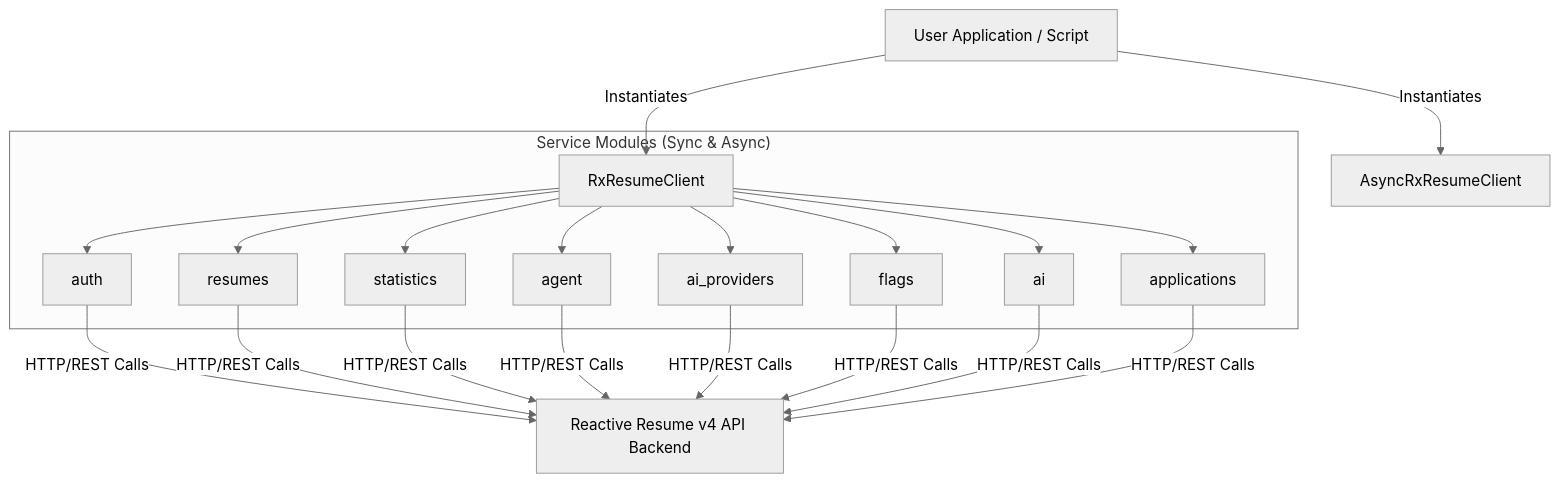
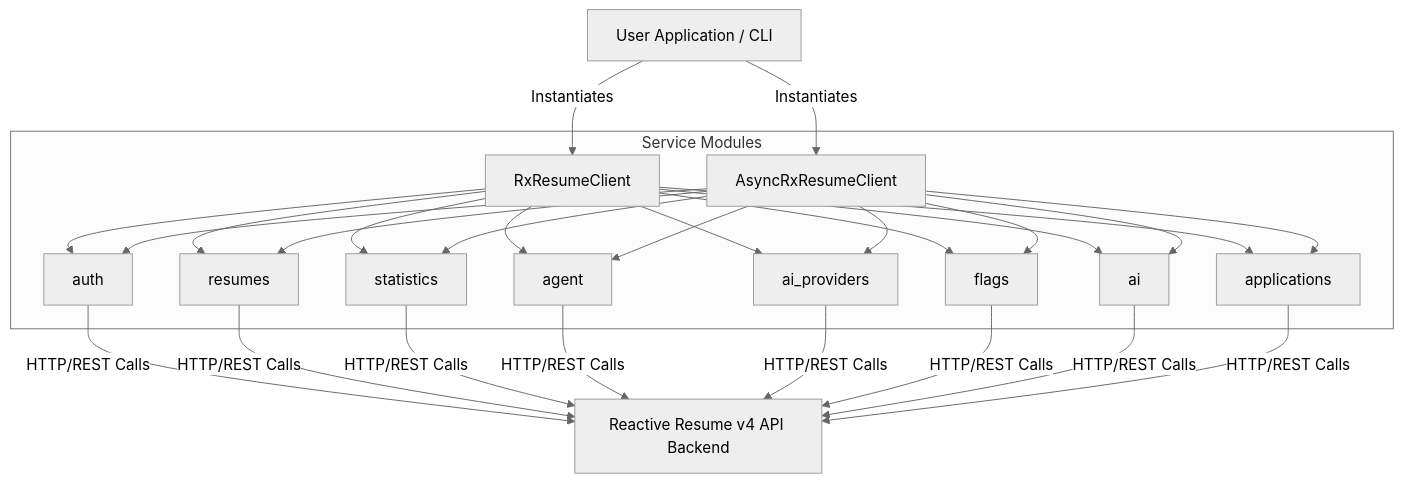
One commit to AtaCanYmc/reactive-resume-api-client-py changed the diagram in README.md. Above: the diagram before and after it, drawn with Mermaid (neutral theme). The commit also changed other lines of this file and 11 other files, not shown here.

````diff
--- a/README.md
+++ b/README.md
@@ -25,25 +45,18 @@
 ```mermaid
-graph TD
-    UserApp[User Application / Script] -->|Instantiates| SyncClient[RxResumeClient]
-    UserApp -->|Instantiates| AsyncClient[AsyncRxResumeClient]
+flowchart TD
+    UserApp["User Application / CLI"] -->|Instantiates| SyncClient["RxResumeClient"]
+    UserApp -->|Instantiates| AsyncClient["AsyncRxResumeClient"]
 
-    subgraph "Service Modules (Sync & Async)"
-        SyncClient --> Auth[auth]
-        SyncClient --> Resumes[resumes]
-        SyncClient --> Stats[statistics]
-        SyncClient --> Agent[agent]
-        SyncClient --> AIProviders[ai_providers]
-        SyncClient --> Flags[flags]
-        SyncClient --> AI[ai]
-        SyncClient --> Applications[applications]
+    subgraph ServiceModules["Service Modules"]
+        SyncClient & AsyncClient --> Auth["auth"]
+        SyncClient & AsyncClient --> Resumes["resumes"]
+        SyncClient & AsyncClient --> Stats["statistics"]
+        SyncClient & AsyncClient --> Agent["agent"]
+        SyncClient & AsyncClient --> AIProviders["ai_providers"]
+        SyncClient & AsyncClient --> Flags["flags"]
+        SyncClient & AsyncClient --> AI["ai"]
+        SyncClient & AsyncClient --> Applications["applications"]
     end
 
-    Auth -->|HTTP/REST Calls| Backend[Reactive Resume v4 API Backend]
-    Resumes -->|HTTP/REST Calls| Backend
-    Stats -->|HTTP/REST Calls| Backend
-    Agent -->|HTTP/REST Calls| Backend
-    AIProviders -->|HTTP/REST Calls| Backend
-    Flags -->|HTTP/REST Calls| Backend
-    AI -->|HTTP/REST Calls| Backend
-    Applications -->|HTTP/REST Calls| Backend
+    Auth & Resumes & Stats & Agent & AIProviders & Flags & AI & Applications -->|HTTP/REST Calls| Backend["Reactive Resume v4 API Backend"]
 ```
````
